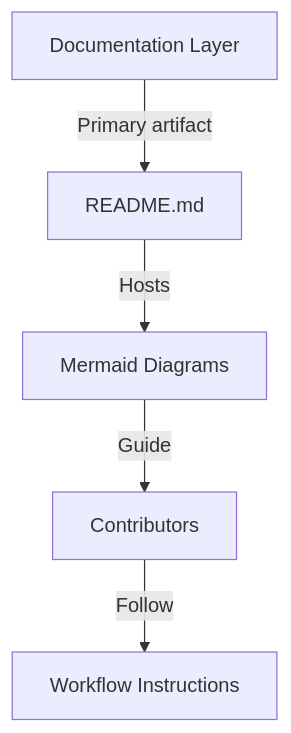
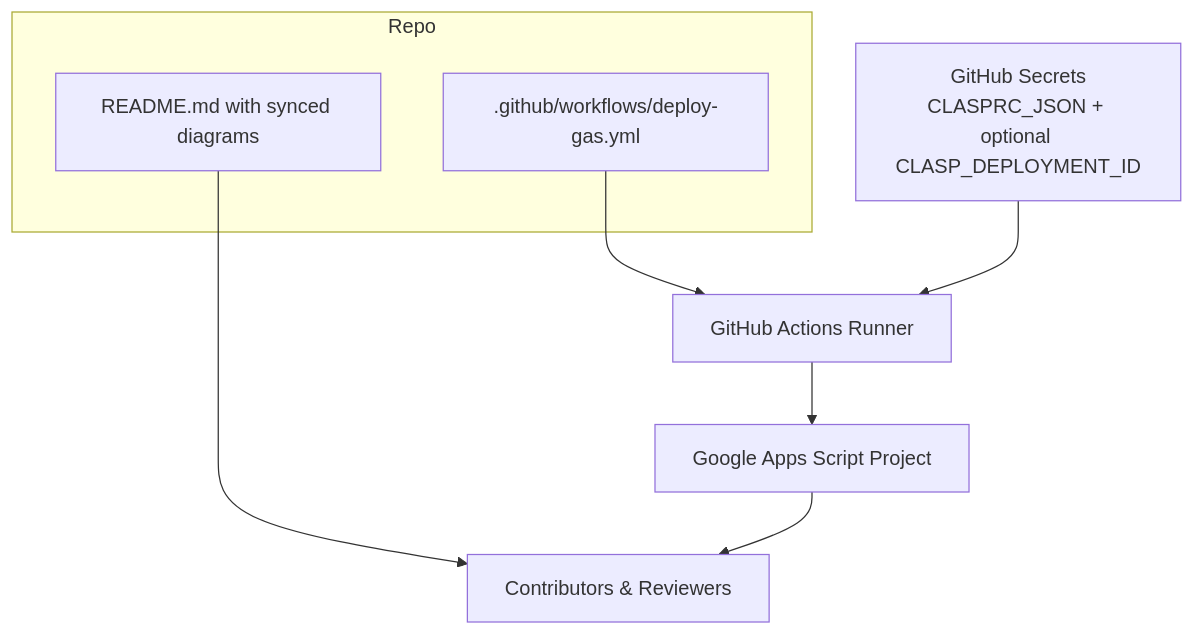
Before and after one commit to muyueh/test-clasp: the fourth of 5 diagrams in README.md, drawn with Mermaid. The commit also changed other lines of this file and 1 other file, not shown here.

Commit message:
Automate GAS deploys via GitHub Actions

````diff
--- a/README.md
+++ b/README.md
@@ -35,8 +45,16 @@
 ```mermaid
 flowchart TD
-    A[Documentation Layer]
-    A -->|Primary artifact| README.md
-    README.md -->|Hosts| B[Mermaid Diagrams]
-    B -->|Guide| C[Contributors]
-    C -->|Follow| D[Workflow Instructions]
+    subgraph Repo
+        README[README.md with synced diagrams]
+        Workflow[.github/workflows/deploy-gas.yml]
+    end
+    Secrets[GitHub Secrets\nCLASPRC_JSON + optional CLASP_DEPLOYMENT_ID]
+    Runner[GitHub Actions Runner]
+    GAS[Google Apps Script Project]
+    Contributors[Contributors & Reviewers]
+    README --> Contributors
+    Workflow --> Runner
+    Secrets --> Runner
+    Runner --> GAS
+    GAS --> Contributors
 ```
````
